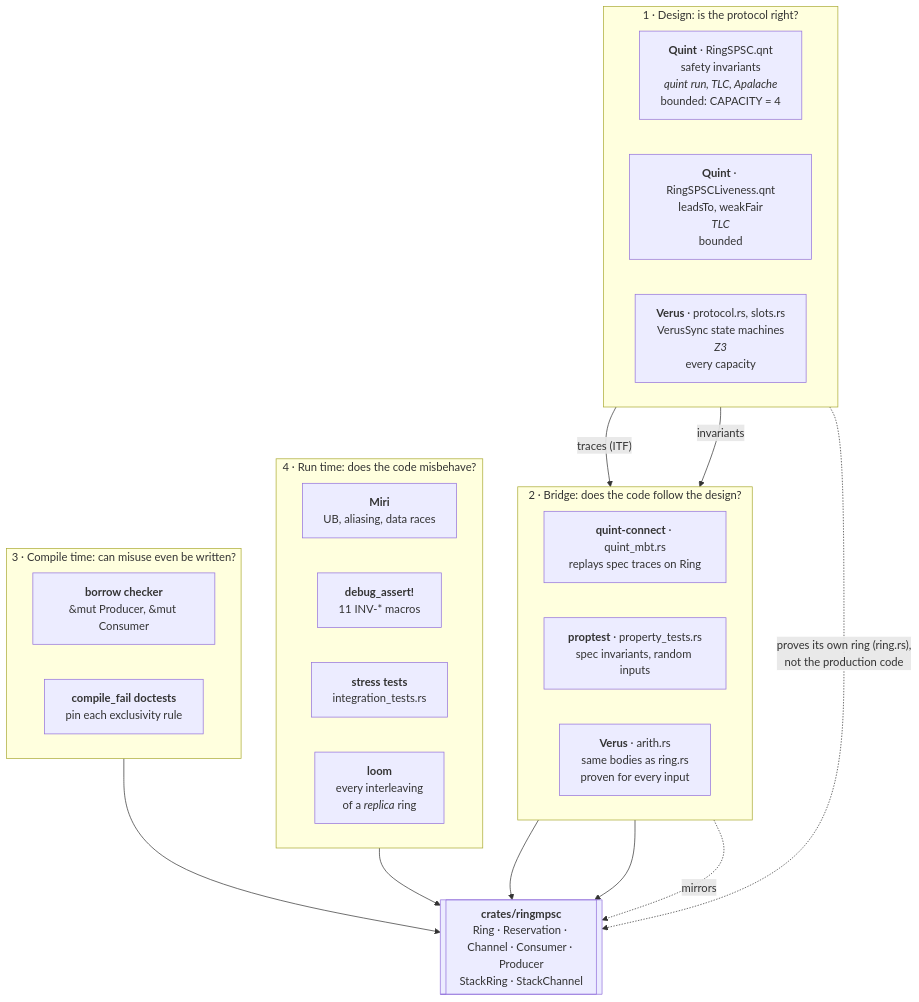
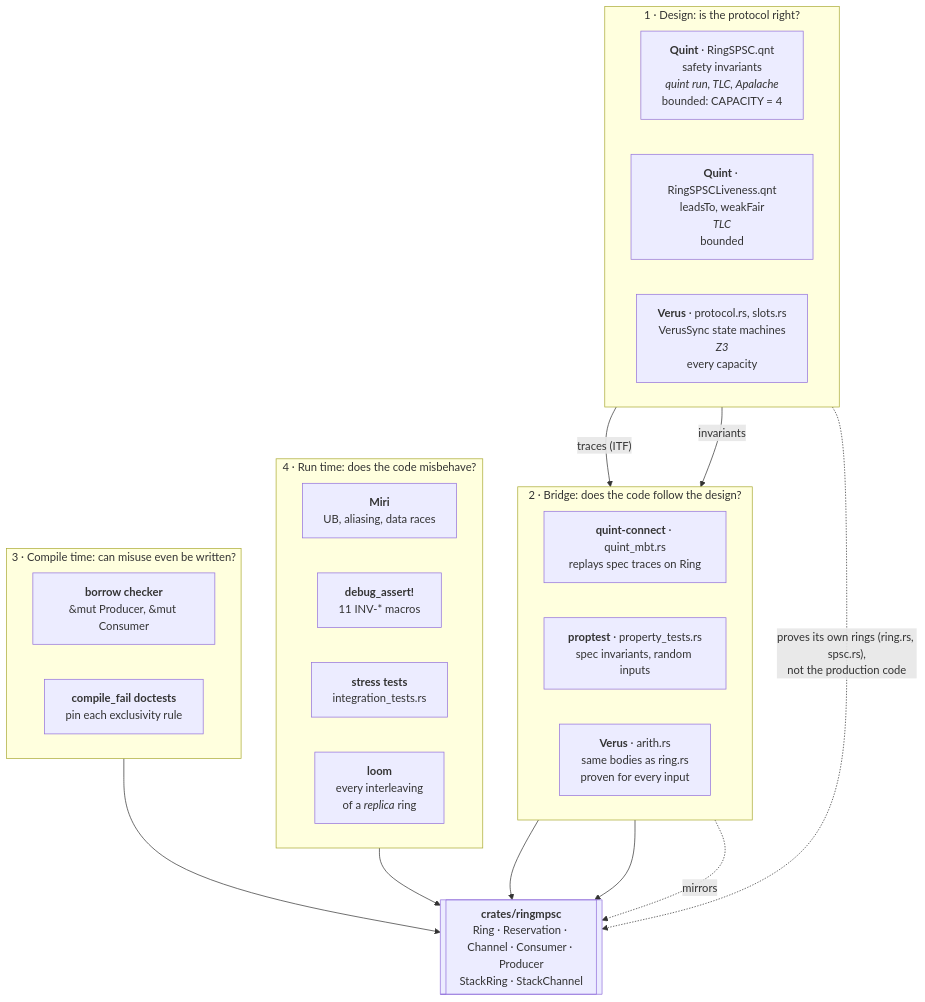
Before and after one commit to debasishg/ringmpsc-rs: the first of 2 diagrams in docs/VERIFICATION_ARCHITECTURE.md, drawn with Mermaid. The commit also changed other lines of this file and 7 other files, not shown here.

````diff
--- a/docs/VERIFICATION_ARCHITECTURE.md
+++ b/docs/VERIFICATION_ARCHITECTURE.md
@@ -9,41 +9,41 @@
 ```mermaid
 flowchart TB
     subgraph DESIGN["1 · Design: is the protocol right?"]
         direction LR
         QS["<b>Quint</b> · RingSPSC.qnt<br/>safety invariants<br/><i>quint run, TLC, Apalache</i><br/>bounded: CAPACITY = 4"]
         QL["<b>Quint</b> · RingSPSCLiveness.qnt<br/>leadsTo, weakFair<br/><i>TLC</i><br/>bounded"]
         VP["<b>Verus</b> · protocol.rs, slots.rs<br/>VerusSync state machines<br/><i>Z3</i><br/>every capacity"]
     end
 
     subgraph BRIDGE["2 · Bridge: does the code follow the design?"]
         direction LR
         MBT["<b>quint-connect</b> · quint_mbt.rs<br/>replays spec traces on Ring"]
         PT["<b>proptest</b> · property_tests.rs<br/>spec invariants, random inputs"]
         VA["<b>Verus</b> · arith.rs<br/>same bodies as ring.rs<br/>proven for every input"]
     end
 
     CODE[["<b>crates/ringmpsc</b><br/>Ring · Reservation · Channel · Consumer · Producer<br/>StackRing · StackChannel"]]
 
     subgraph STATIC["3 · Compile time: can misuse even be written?"]
         direction LR
         BC["<b>borrow checker</b><br/>&mut Producer, &mut Consumer"]
         CF["<b>compile_fail doctests</b><br/>pin each exclusivity rule"]
     end
 
     subgraph DYNAMIC["4 · Run time: does the code misbehave?"]
         direction LR
         MIRI["<b>Miri</b><br/>UB, aliasing, data races"]
         DA["<b>debug_assert!</b><br/>11 INV-* macros"]
         ST["<b>stress tests</b><br/>integration_tests.rs"]
         LOOM["<b>loom</b><br/>every interleaving<br/>of a <i>replica</i> ring"]
     end
 
     QS -- "traces (ITF)" --> MBT
     QS -- "invariants" --> PT
     MBT --> CODE
     PT --> CODE
     VA -. "mirrors" .-> CODE
-    VP -. "proves its own ring (ring.rs),<br/>not the production code" .-> CODE
+    VP -. "proves its own rings (ring.rs, spsc.rs),<br/>not the production code" .-> CODE
     STATIC --> CODE
     DYNAMIC --> CODE
 ```
````
